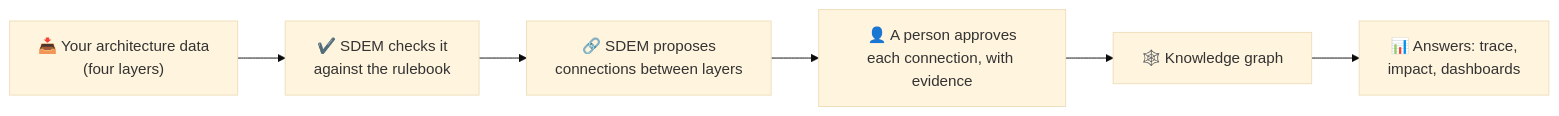
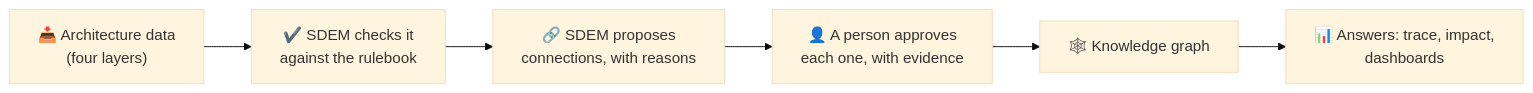
The fourth of 9 diagrams in README.md (taumoeps/bian-sdem-framework), drawn with Mermaid (base theme) before and after one commit. The commit also changed other lines of this file and 26 other files, not shown here.

````diff
--- a/README.md
+++ b/README.md
@@ -122,8 +83,8 @@
 ```mermaid
 flowchart LR
-    D["📥 Your architecture data<br/>(four layers)"] --> C["✔️ SDEM checks it<br/>against the rulebook"]
-    C --> P["🔗 SDEM proposes<br/>connections between layers"]
-    P --> H["👤 A person approves<br/>each connection, with evidence"]
+    D["📥 Architecture data<br/>(four layers)"] --> C["✔️ SDEM checks it<br/>against the rulebook"]
+    C --> P["🔗 SDEM proposes<br/>connections, with reasons"]
+    P --> H["👤 A person approves<br/>each one, with evidence"]
     H --> K["🕸️ Knowledge graph"]
-    K --> U["📊 Answers: trace,<br/>impact, dashboards"]
+    K --> U["📊 Answers: trace, impact,<br/>dashboards"]
 ```
````
